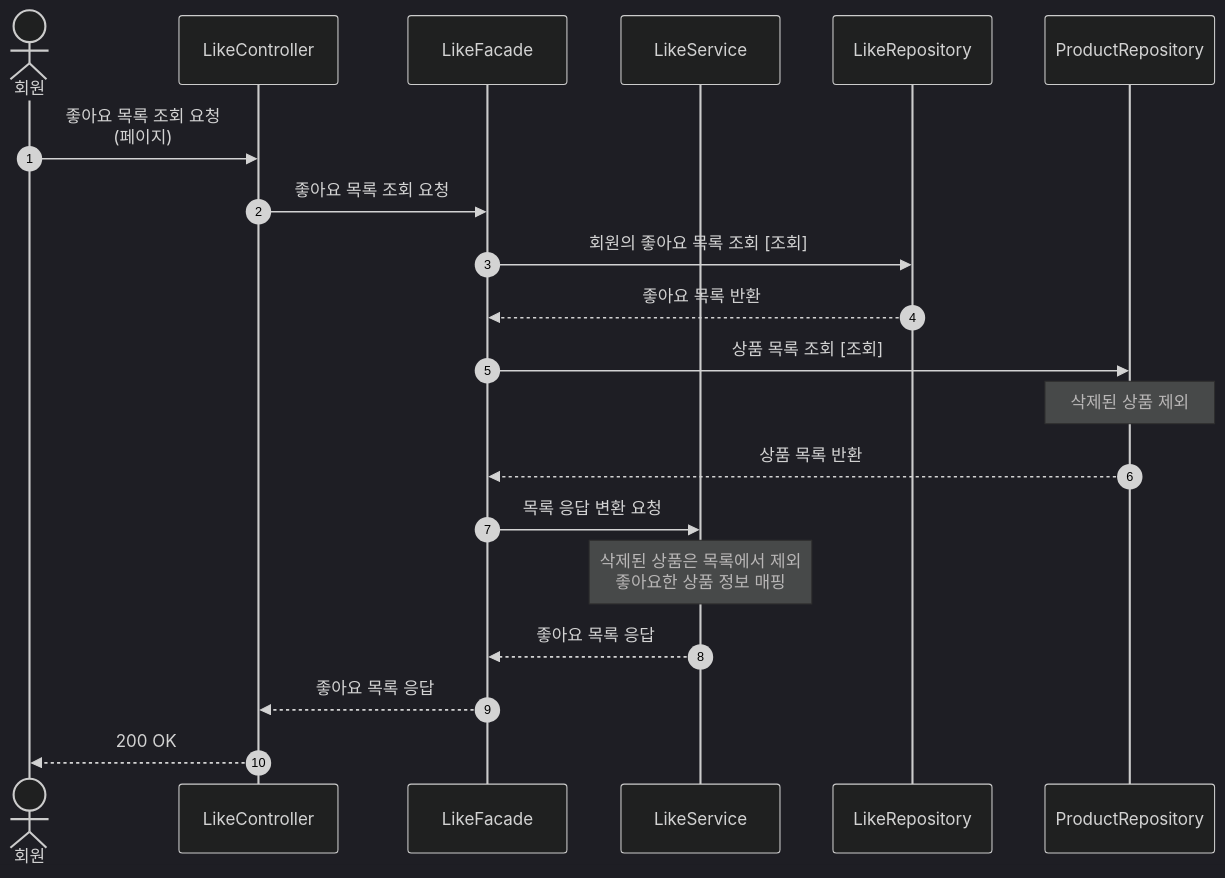
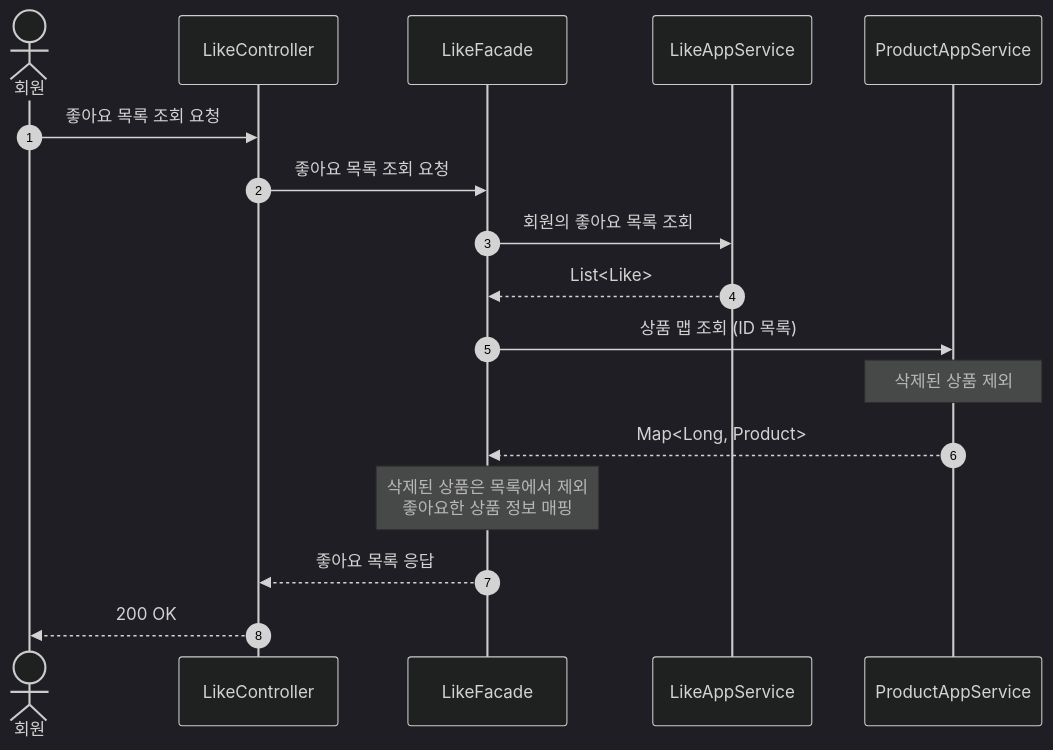
Before and after one commit to Loopers-dev-lab/loop-pack-be-l2-vol3-java: the sixth of 14 diagrams in docs/design/02-sequence-diagrams.md, drawn with Mermaid (dark theme). The commit also changed other lines of this file and 2 other files, not shown here.

````diff
--- a/docs/design/02-sequence-diagrams.md
+++ b/docs/design/02-sequence-diagrams.md
@@ -371,30 +369,27 @@
 ```mermaid
 sequenceDiagram
     autonumber
     actor 회원
     participant Controller as LikeController
     participant Facade as LikeFacade
-    participant Service as LikeService
-    participant LikeRepo as LikeRepository
-    participant ProductRepo as ProductRepository
+    participant LikeAS as LikeAppService
+    participant ProductAS as ProductAppService
 
-    회원->>Controller: 좋아요 목록 조회 요청<br/>(페이지)
+    회원->>Controller: 좋아요 목록 조회 요청
     Controller->>Facade: 좋아요 목록 조회 요청
 
     %% 1. 좋아요 목록 조회
-    Facade->>LikeRepo: 회원의 좋아요 목록 조회 [조회]
-    LikeRepo-->>Facade: 좋아요 목록 반환
+    Facade->>LikeAS: 회원의 좋아요 목록 조회
+    LikeAS-->>Facade: List<Like>
 
-    %% 2. 상품 정보 조회
-    Facade->>ProductRepo: 상품 목록 조회 [조회]
-    Note over ProductRepo: 삭제된 상품 제외
-    ProductRepo-->>Facade: 상품 목록 반환
+    %% 2. 상품 정보 배치 조회
+    Facade->>ProductAS: 상품 맵 조회 (ID 목록)
+    Note over ProductAS: 삭제된 상품 제외
+    ProductAS-->>Facade: Map<Long, Product>
 
-    %% 3. 응답 변환
-    Facade->>Service: 목록 응답 변환 요청
-    Note over Service: 삭제된 상품은 목록에서 제외<br/>좋아요한 상품 정보 매핑
-    Service-->>Facade: 좋아요 목록 응답
+    %% 3. 응답 조립
+    Note over Facade: 삭제된 상품은 목록에서 제외<br/>좋아요한 상품 정보 매핑
 
     Facade-->>Controller: 좋아요 목록 응답
     Controller-->>회원: 200 OK
 ```
````
